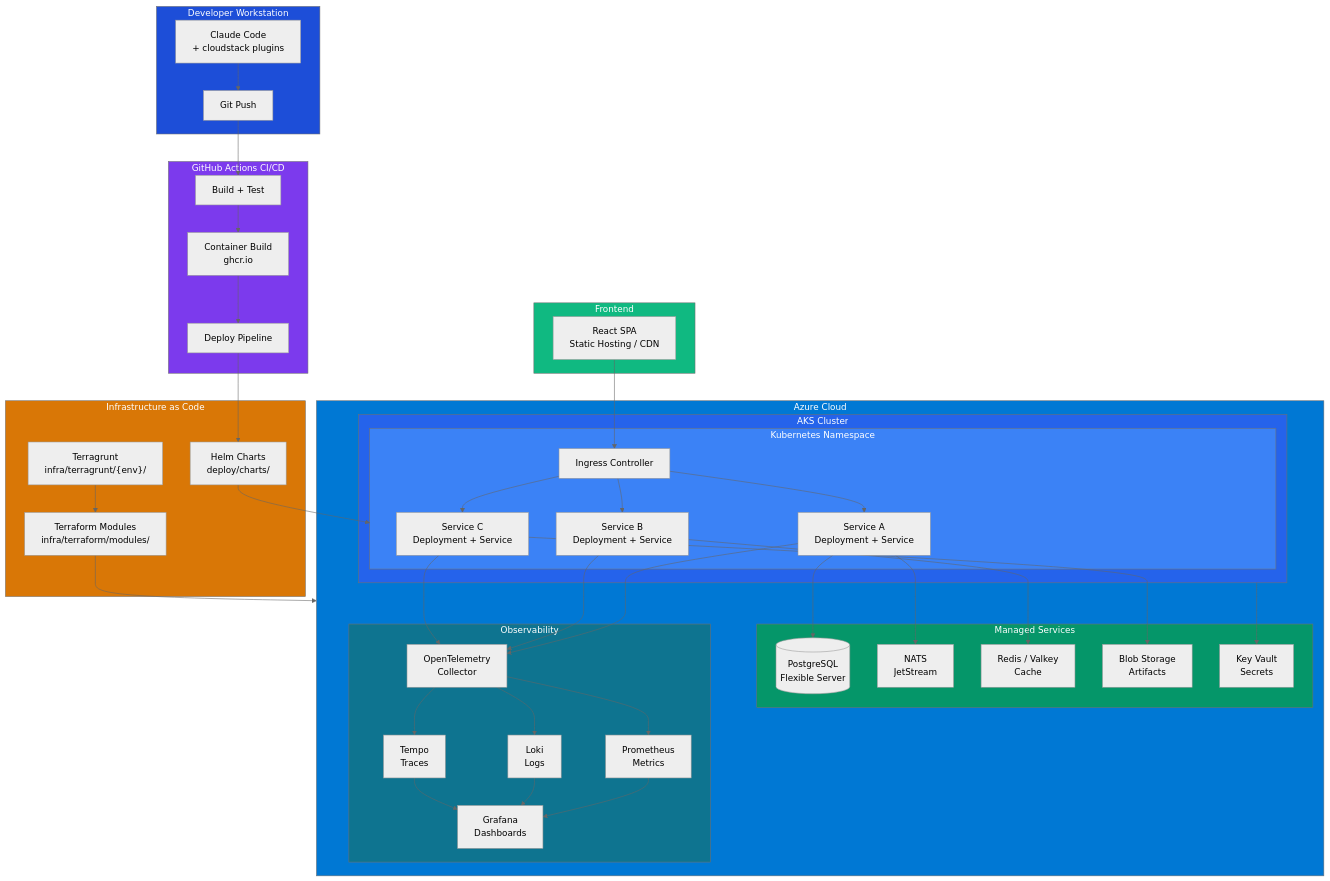
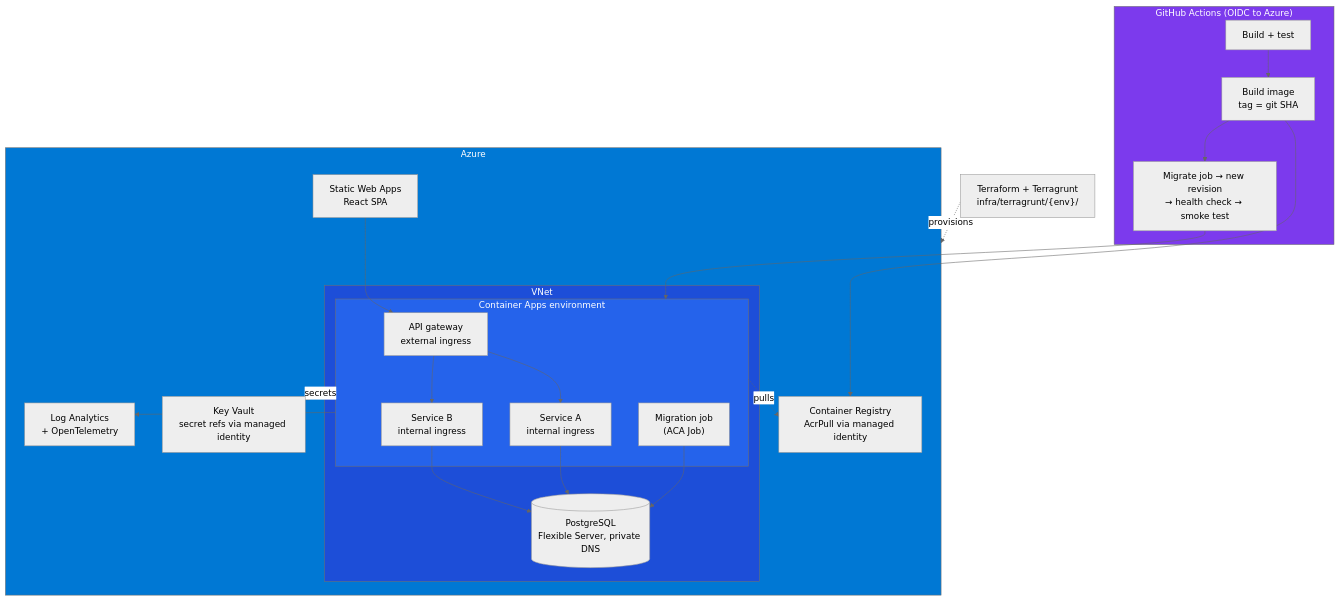
The fifth of 7 diagrams in docs/architecture.md (makigjuro/cloudstack-ai-plugins), drawn with Mermaid (neutral theme) before and after one commit. The commit also changed other lines of this file and 5 other files, not shown here.

First line of the commit message:
make Azure Container Apps the default runtime in the reference architecture

````diff
--- a/docs/architecture.md
+++ b/docs/architecture.md
@@ -266,91 +268,48 @@
 ```mermaid
 graph TB
-    subgraph dev["Developer Workstation"]
-        claude["Claude Code<br/>+ cloudstack plugins"]
-        git["Git Push"]
+    subgraph cicd["GitHub Actions (OIDC to Azure)"]
+        build_ci["Build + test"]
+        image["Build image<br/>tag = git SHA"]
+        roll["Migrate job → new revision<br/>→ health check → smoke test"]
     end
 
-    subgraph cicd["GitHub Actions CI/CD"]
-        build_ci["Build + Test"]
-        docker["Container Build<br/>ghcr.io"]
-        deploy_ci["Deploy Pipeline"]
+    subgraph azure["Azure"]
+        swa["Static Web Apps<br/>React SPA"]
+        acr["Container Registry<br/>AcrPull via managed identity"]
+
+        subgraph vnet["VNet"]
+            subgraph env["Container Apps environment"]
+                gw["API gateway<br/>external ingress"]
+                svc1["Service A<br/>internal ingress"]
+                svc2["Service B<br/>internal ingress"]
+                job["Migration job<br/>(ACA Job)"]
+            end
+            pg[("PostgreSQL<br/>Flexible Server, private DNS")]
+        end
+
+        kv["Key Vault<br/>secret refs via managed identity"]
+        logs["Log Analytics<br/>+ OpenTelemetry"]
     end
 
-    subgraph iac["Infrastructure as Code"]
-        tf["Terraform Modules<br/>infra/terraform/modules/"]
-        tg["Terragrunt<br/>infra/terragrunt/{env}/"]
-        helm["Helm Charts<br/>deploy/charts/"]
-    end
+    iac["Terraform + Terragrunt<br/>infra/terragrunt/{env}/"]
 
-    subgraph azure["Azure Cloud"]
-        subgraph aks["AKS Cluster"]
-            subgraph ns["Kubernetes Namespace"]
-                svc1["Service A<br/>Deployment + Service"]
-                svc2["Service B<br/>Deployment + Service"]
-                svc3["Service C<br/>Deployment + Service"]
-                ingress["Ingress Controller"]
-            end
-        end
+    build_ci --> image --> acr
+    image --> roll
+    roll --> env
+    iac -.provisions.-> azure
 
-        subgraph data["Managed Services"]
-            pg[("PostgreSQL<br/>Flexible Server")]
-            nats_svc["NATS<br/>JetStream"]
-            redis_svc["Redis / Valkey<br/>Cache"]
-            blob_svc["Blob Storage<br/>Artifacts"]
-            kv["Key Vault<br/>Secrets"]
-        end
+    swa --> gw
+    gw --> svc1
+    gw --> svc2
+    svc1 --> pg
+    svc2 --> pg
+    job --> pg
+    env -.pulls.-> acr
+    env -.secrets.-> kv
+    env --> logs
 
-        subgraph monitor["Observability"]
-            otel["OpenTelemetry<br/>Collector"]
-            grafana["Grafana<br/>Dashboards"]
-            loki["Loki<br/>Logs"]
-            tempo["Tempo<br/>Traces"]
-            prom["Prometheus<br/>Metrics"]
-        end
-    end
-
-    subgraph frontend["Frontend"]
-        spa["React SPA<br/>Static Hosting / CDN"]
-    end
-
-    claude --> git
-    git --> build_ci
-    build_ci --> docker
-    docker --> deploy_ci
-    deploy_ci --> helm
-
-    tf --> azure
-    tg --> tf
-    helm --> ns
-
-    ingress --> svc1
-    ingress --> svc2
-    ingress --> svc3
-    svc1 --> pg
-    svc1 --> nats_svc
-    svc2 --> redis_svc
-    svc3 --> blob_svc
-    aks --> kv
-
-    svc1 --> otel
-    svc2 --> otel
-    svc3 --> otel
-    otel --> prom
-    otel --> loki
-    otel --> tempo
-    prom --> grafana
-    loki --> grafana
-    tempo --> grafana
-
-    spa --> ingress
-
-    style dev fill:#1D4ED8,color:#fff
     style cicd fill:#7C3AED,color:#fff
-    style iac fill:#D97706,color:#fff
-    style aks fill:#2563EB,color:#fff
-    style ns fill:#3B82F6,color:#fff
-    style data fill:#059669,color:#fff
-    style monitor fill:#0E7490,color:#fff
-    style frontend fill:#10B981,color:#fff
     style azure fill:#0078D4,color:#fff
+    style vnet fill:#1D4ED8,color:#fff
+    style env fill:#2563EB,color:#fff
 ```
````
